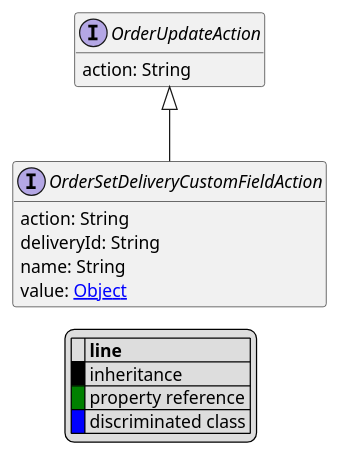
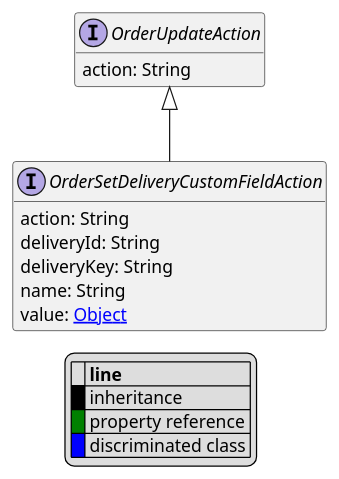
One commit to commercetools/commercetools-api-reference changed the diagram in uml/api/OrderSetDeliveryCustomFieldAction.puml. Above: the diagram before and after it, drawn with PlantUML. The commit also changed 62 other files, not shown here.

```diff
--- a/uml/api/OrderSetDeliveryCustomFieldAction.puml
+++ b/uml/api/OrderSetDeliveryCustomFieldAction.puml
@@ -1,25 +1,26 @@
 @startuml
 
 hide empty fields
 hide empty methods
 legend
 |= |= line |
 |<back:black>   </back>| inheritance |
 |<back:green>   </back>| property reference |
 |<back:blue>   </back>| discriminated class |
 endlegend
 interface OrderSetDeliveryCustomFieldAction [[OrderSetDeliveryCustomFieldAction.svg]] extends OrderUpdateAction {
     action: String
     deliveryId: String
+    deliveryKey: String
     name: String
     value: [[Object.svg Object]]
 }
 interface OrderUpdateAction [[OrderUpdateAction.svg]]  {
     action: String
 }
 
 
 
 
 
 @enduml
```
